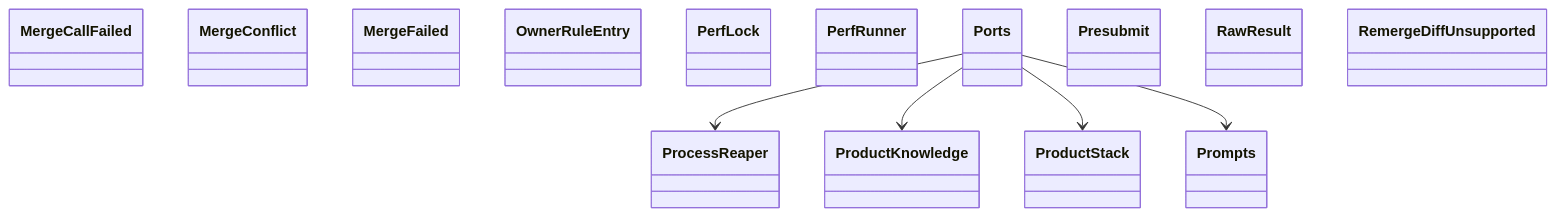
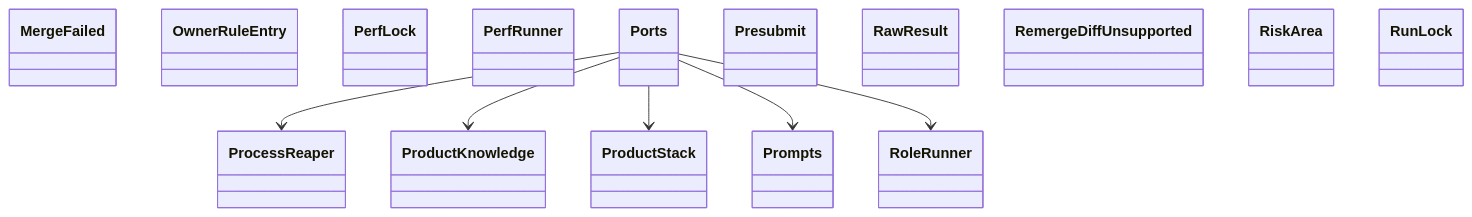
The diagram in docs/architecture/generated/classes-process-application-support-4.md (GonzaloZevallos/agentic-system), drawn with Mermaid before and after one commit. The commit also changed other lines of this file and 24 other files, not shown here.

````diff
--- a/docs/architecture/generated/classes-process-application-support-4.md
+++ b/docs/architecture/generated/classes-process-application-support-4.md
@@ -19,21 +19,23 @@
 ```mermaid
 classDiagram
-    class ports__MergeCallFailed["MergeCallFailed"]
-    class ports__MergeConflict["MergeConflict"]
     class ports__MergeFailed["MergeFailed"]
     class ports__OwnerRuleEntry["OwnerRuleEntry"]
     class ports__PerfLock["PerfLock"]
     class ports__PerfRunner["PerfRunner"]
     class ports__Ports["Ports"]
     class ports__Presubmit["Presubmit"]
     class ports__ProcessReaper["ProcessReaper"]
     class ports__ProductKnowledge["ProductKnowledge"]
     class ports__ProductStack["ProductStack"]
     class ports__Prompts["Prompts"]
     class ports__RawResult["RawResult"]
     class ports__RemergeDiffUnsupported["RemergeDiffUnsupported"]
+    class ports__RiskArea["RiskArea"]
+    class ports__RoleRunner["RoleRunner"]
+    class ports__RunLock["RunLock"]
     ports__Ports --> ports__ProcessReaper
     ports__Ports --> ports__ProductKnowledge
     ports__Ports --> ports__ProductStack
     ports__Ports --> ports__Prompts
+    ports__Ports --> ports__RoleRunner
 ```
````
